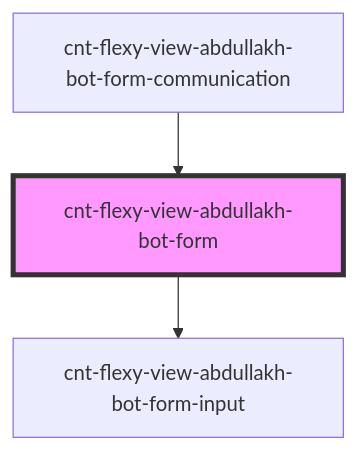
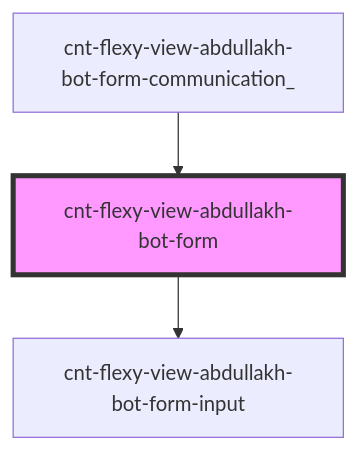
One commit to Wokh-Dada/botdevelopmentapp changed the diagram in src/components/cnt-flexy-view-abdullakh-bot-form-communication/res/view/cnt-flexy-view-abdullakh-bot-form-communication/res/view/cnt-flexy-view-abdullakh-bot-form/readme.md. Above: the diagram before and after it, drawn with Mermaid. The commit also changed other lines of this file and 34 other files, not shown here.

````diff
--- a/src/components/cnt-flexy-view-abdullakh-bot-form-communication/res/view/cnt-flexy-view-abdullakh-bot-form-communication/res/view/cnt-flexy-view-abdullakh-bot-form/readme.md
+++ b/src/components/cnt-flexy-view-abdullakh-bot-form-communication/res/view/cnt-flexy-view-abdullakh-bot-form-communication/res/view/cnt-flexy-view-abdullakh-bot-form/readme.md
@@ -26,6 +26,6 @@
 ```mermaid
 graph TD;
   cnt-flexy-view-abdullakh-bot-form --> cnt-flexy-view-abdullakh-bot-form-input
-  cnt-flexy-view-abdullakh-bot-form-communication --> cnt-flexy-view-abdullakh-bot-form
+  cnt-flexy-view-abdullakh-bot-form-communication_ --> cnt-flexy-view-abdullakh-bot-form
   style cnt-flexy-view-abdullakh-bot-form fill:#f9f,stroke:#333,stroke-width:4px
 ```
````
